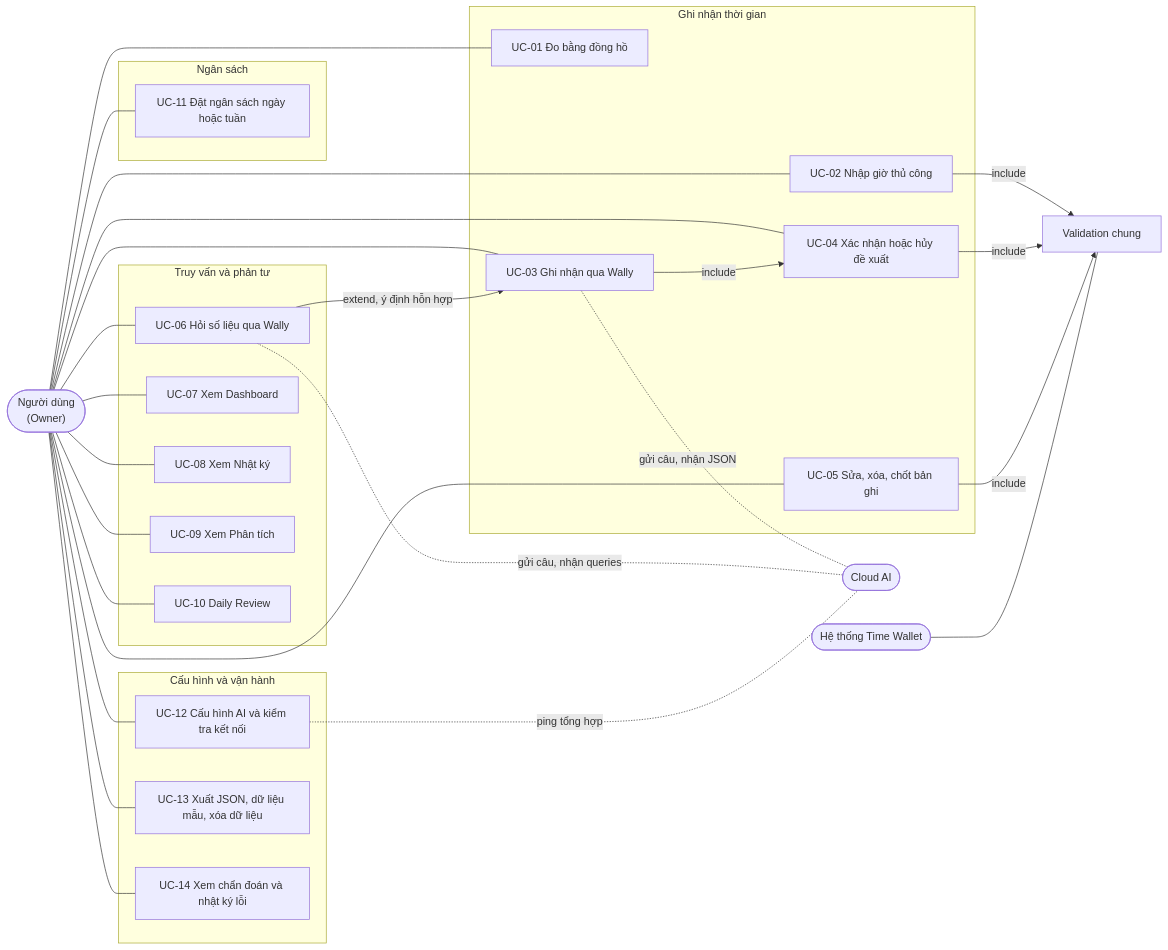
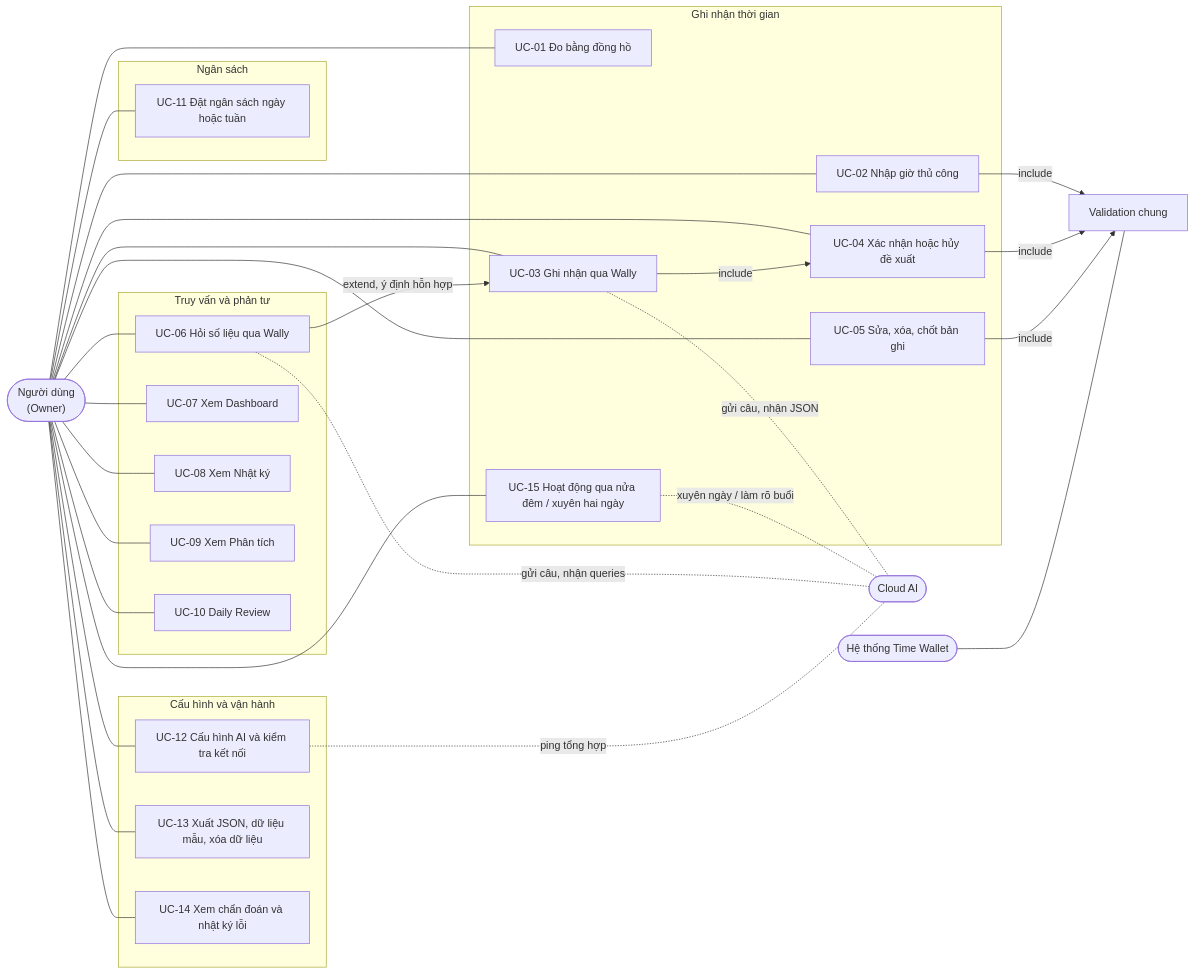
The fourth of 11 diagrams in WALLY_TECHNICAL_SPEC.md (caonguyenthanhan/Time_Wallet), drawn with Mermaid before and after one commit. The commit also changed other lines of this file and 76 other files, not shown here.

````diff
--- a/WALLY_TECHNICAL_SPEC.md
+++ b/WALLY_TECHNICAL_SPEC.md
@@ -213,40 +223,42 @@
 ```mermaid
 flowchart LR
   U(["Người dùng<br/>(Owner)"])
   AI(["Cloud AI"])
   SYS(["Hệ thống Time Wallet"])
 
   subgraph TRACK["Ghi nhận thời gian"]
     UC01["UC-01 Đo bằng đồng hồ"]
     UC02["UC-02 Nhập giờ thủ công"]
     UC03["UC-03 Ghi nhận qua Wally"]
     UC04["UC-04 Xác nhận hoặc hủy đề xuất"]
     UC05["UC-05 Sửa, xóa, chốt bản ghi"]
+    UC15["UC-15 Hoạt động qua nửa đêm / xuyên hai ngày"]
   end
   subgraph ASK["Truy vấn và phản tư"]
     UC06["UC-06 Hỏi số liệu qua Wally"]
     UC07["UC-07 Xem Dashboard"]
     UC08["UC-08 Xem Nhật ký"]
     UC09["UC-09 Xem Phân tích"]
     UC10["UC-10 Daily Review"]
   end
   subgraph BUD["Ngân sách"]
     UC11["UC-11 Đặt ngân sách ngày hoặc tuần"]
   end
   subgraph CFG["Cấu hình và vận hành"]
     UC12["UC-12 Cấu hình AI và kiểm tra kết nối"]
     UC13["UC-13 Xuất JSON, dữ liệu mẫu, xóa dữ liệu"]
     UC14["UC-14 Xem chẩn đoán và nhật ký lỗi"]
   end
 
-  U --- UC01 & UC02 & UC03 & UC04 & UC05 & UC06 & UC07 & UC08 & UC09 & UC10 & UC11 & UC12 & UC13 & UC14
+  U --- UC01 & UC02 & UC03 & UC04 & UC05 & UC06 & UC07 & UC08 & UC09 & UC10 & UC11 & UC12 & UC13 & UC14 & UC15
   UC03 -. "gửi câu, nhận JSON" .- AI
+  UC15 -. "xuyên ngày / làm rõ buổi" .- AI
   UC06 -. "gửi câu, nhận queries" .- AI
   UC12 -. "ping tổng hợp" .- AI
   UC03 -->|include| UC04
   UC06 -->|extend, ý định hỗn hợp| UC03
   UC02 -->|include| VAL["Validation chung"]
   UC04 -->|include| VAL
   UC05 -->|include| VAL
   SYS --- VAL
 ```
````
